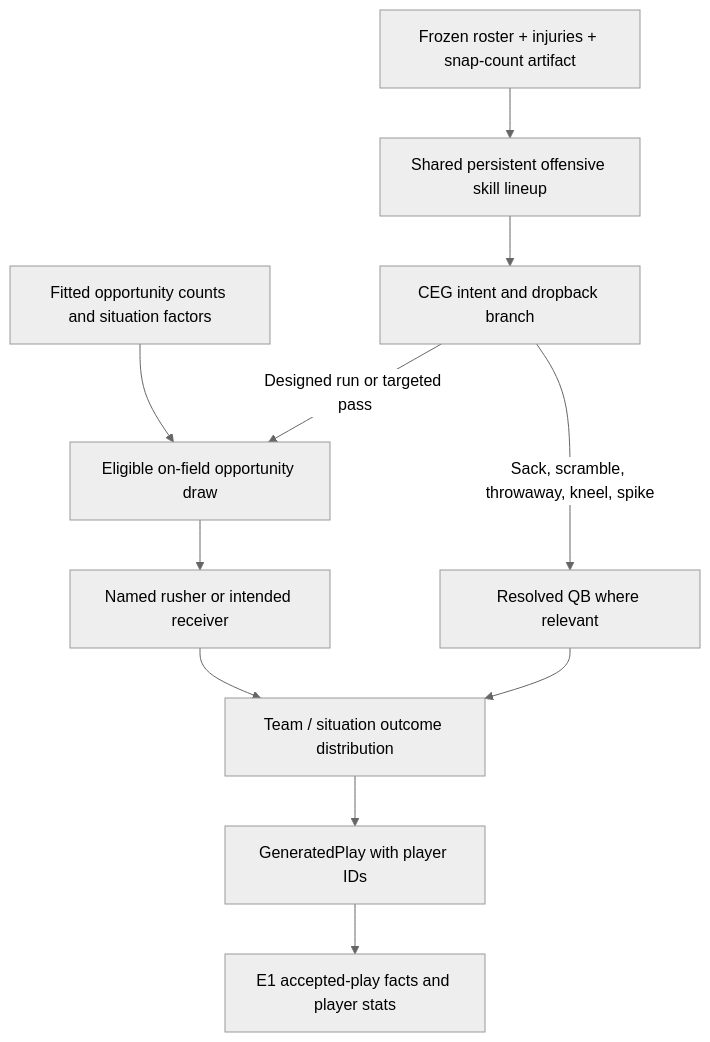
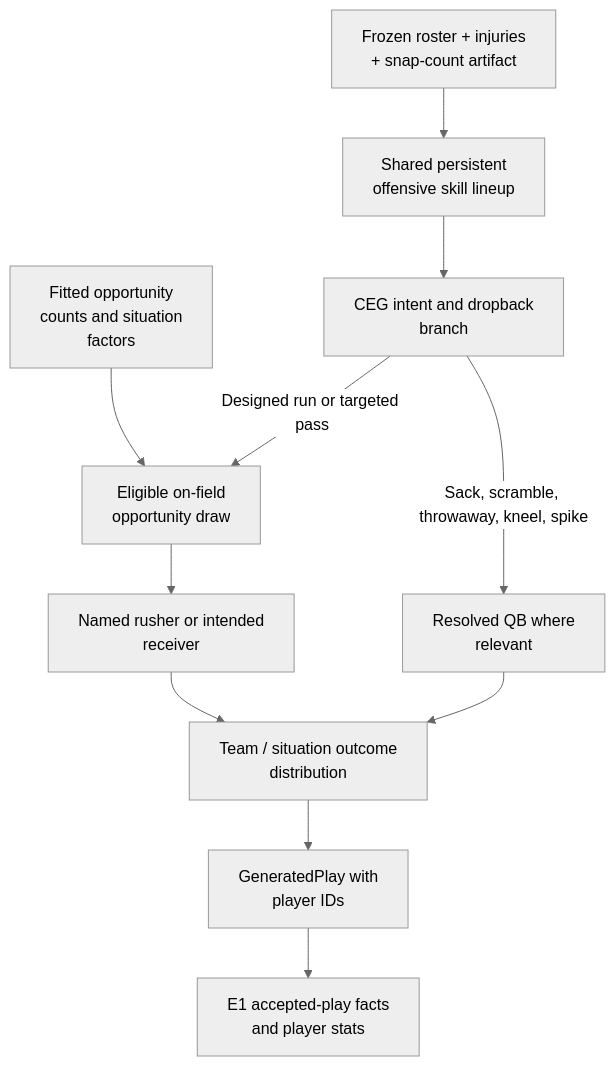
The third of 3 diagrams in docs/architecture/CEG.md (micahp/legendarypicks), drawn with Mermaid (neutral theme) before and after one commit. The commit also changed other lines of this file and 12 other files, not shown here.

Commit message:
docs: wrap diagram labels and add editable SVG schematics

````diff
--- a/docs/architecture/CEG.md
+++ b/docs/architecture/CEG.md
@@ -129,13 +129,13 @@
 ```mermaid
 flowchart TD
-  A["Frozen roster + injuries + snap-count artifact"] --> B["Shared persistent offensive skill lineup"]
-  C["Fitted opportunity counts and situation factors"] --> D["Eligible on-field opportunity draw"]
-  B --> E["CEG intent and dropback branch"]
+  A["Frozen roster + injuries<br/>+ snap-count artifact"] --> B["Shared persistent<br/>offensive skill lineup"]
+  C["Fitted opportunity<br/>counts and situation<br/>factors"] --> D["Eligible on-field<br/>opportunity draw"]
+  B --> E["CEG intent and dropback<br/>branch"]
   E -->|Designed run or targeted pass| D
-  D --> F["Named rusher or intended receiver"]
-  E -->|Sack, scramble, throwaway, kneel, spike| Q["Resolved QB where relevant"]
-  F --> G["Team / situation outcome distribution"]
+  D --> F["Named rusher or intended<br/>receiver"]
+  E -->|Sack, scramble, throwaway, kneel, spike| Q["Resolved QB where<br/>relevant"]
+  F --> G["Team / situation outcome<br/>distribution"]
   Q --> G
-  G --> H["GeneratedPlay with player IDs"]
-  H --> I["E1 accepted-play facts and player stats"]
+  G --> H["GeneratedPlay with<br/>player IDs"]
+  H --> I["E1 accepted-play facts<br/>and player stats"]
 ```
````
